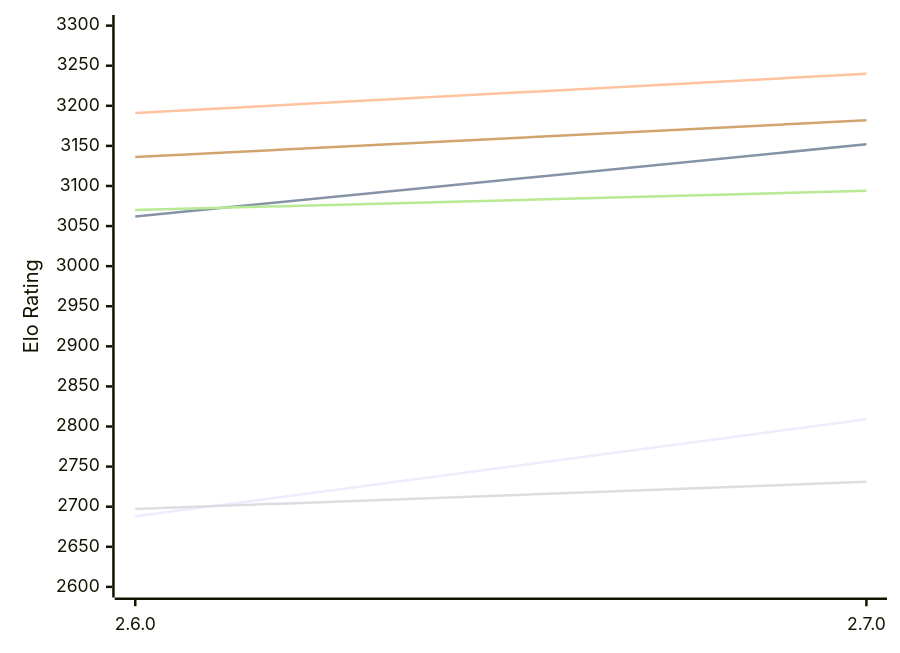
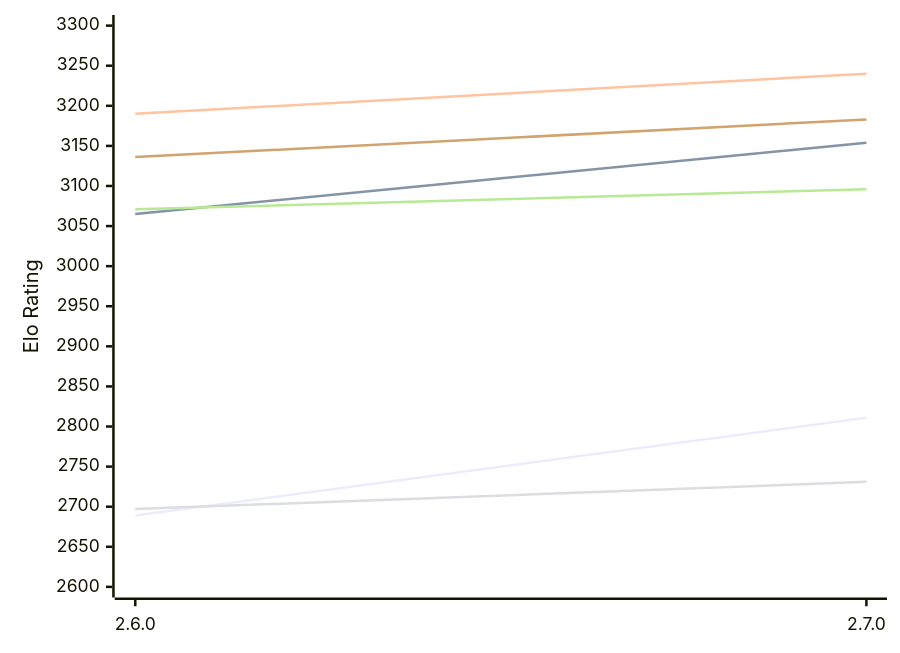
The first of 2 diagrams in engines/Sturddle2.md (computer-chess-index/cci), drawn with Mermaid before and after one commit. The commit also changed other lines of this file, not shown here.

Commit message:
Update CCI Ratings (ELO VLTC) - 2026-11-27

````diff
--- a/engines/Sturddle2.md
+++ b/engines/Sturddle2.md
@@ -51,12 +51,12 @@
 ```mermaid
 %%{init: {"theme":"base","themeVariables":{"seriesColors:['#a3a3a3','#222221','#faa371']}}}%%
 xychart-beta
   x-axis ["2.6.0", "2.7.0"]
   y-axis "Elo Rating" 2600 --> 3300
-  line "E1: STC (8.0+0.08s)" [2688, 2809]
-  line "E1: LTC (60.0+0.60s)" [3062, 3152]
-  line "E1: VLTC (2m24s+1.12s)" [3191, 3240]
+  line "E1: STC (8.0+0.08s)" [2689, 2811]
+  line "E1: LTC (60.0+0.60s)" [3065, 3154]
+  line "E1: VLTC (2m24s+1.12s)" [3190, 3240]
   line "P1: STC (8.0+0.08s)" [2697, 2731]
-  line "P1: LTC (60.0+0.60s)" [3070, 3094]
-  line "P1: VLTC (2m24s+1.12s)" [3136, 3182]
+  line "P1: LTC (60.0+0.60s)" [3071, 3096]
+  line "P1: VLTC (2m24s+1.12s)" [3136, 3183]
 ```
````
